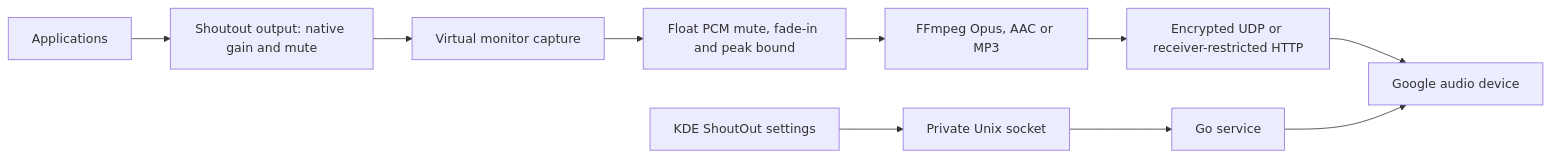
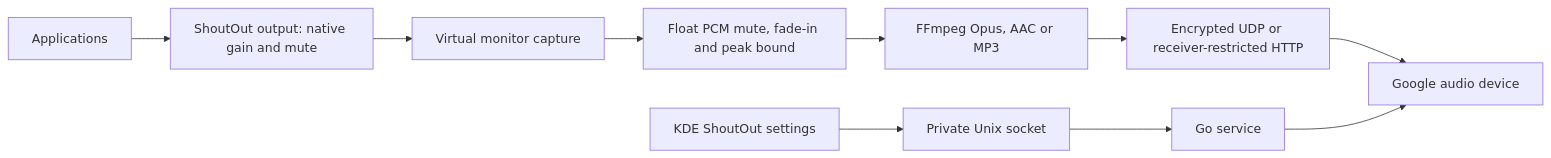
The diagram in docs/PLAN.md (MADS0LADEN/omashoutout), drawn with Mermaid before and after one commit. The commit also changed 17 other files, not shown here.

Commit message:
Add system-wide Arch package and standardize ShoutOut display name

````diff
--- a/docs/PLAN.md
+++ b/docs/PLAN.md
@@ -7,12 +7,12 @@
 ```mermaid
 flowchart LR
-    Applications --> Sink[Shoutout output: native gain and mute]
+    Applications --> Sink[ShoutOut output: native gain and mute]
     Sink --> Capture[Virtual monitor capture]
     Capture --> PCM[Float PCM mute, fade-in and peak bound]
     PCM --> Encoder[FFmpeg Opus, AAC or MP3]
     Encoder --> Transport[Encrypted UDP or receiver-restricted HTTP]
     Transport --> Receiver[Google audio device]
     Settings[KDE ShoutOut settings] --> IPC[Private Unix socket]
     IPC --> Service[Go service]
     Service --> Receiver
 ```
````
